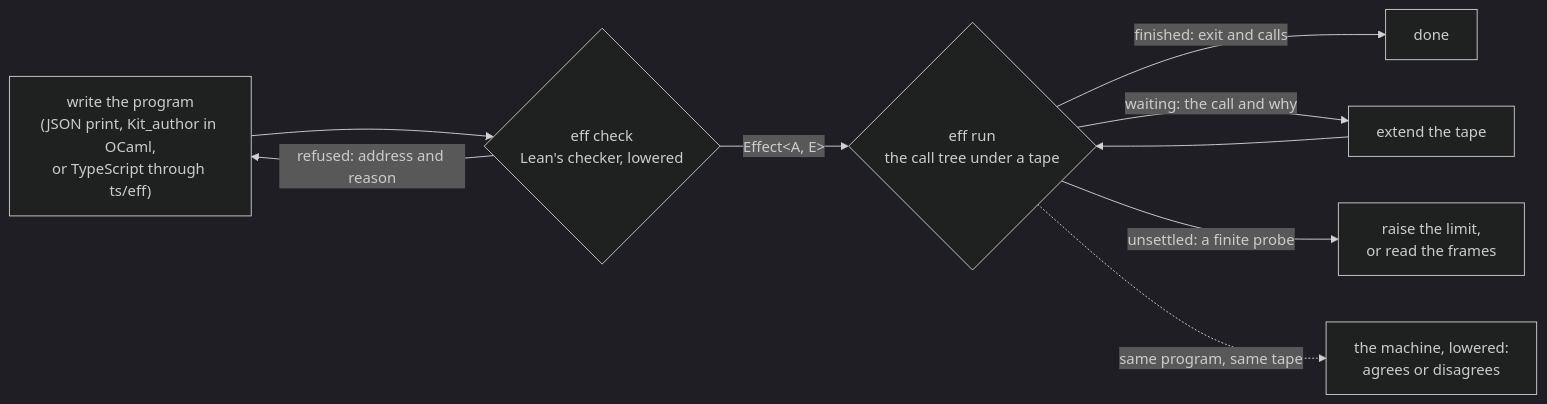
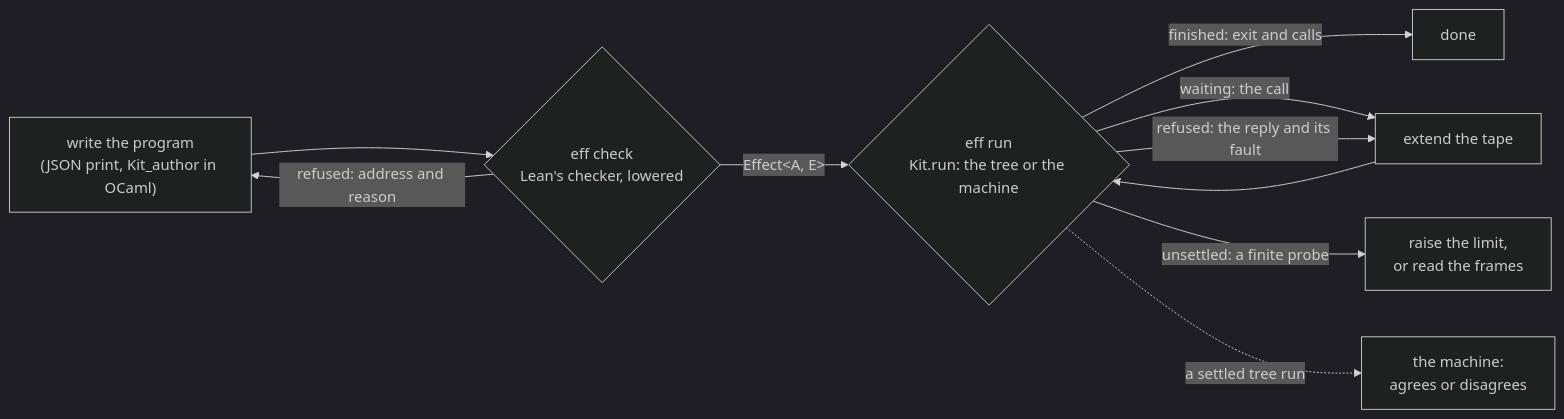
One commit to pure-algebra/lean4-effect4 changed the first of 3 diagrams in docs/research/2026-10-16-native-kit/README.md. Above: the diagram before and after it, drawn with Mermaid (dark theme). The commit also changed other lines of this file and 1 other file, not shown here.

First line of the commit message:
The native kit's note and receipt: one closure, one run, Lean's authoring and the comparison lane

````diff
--- a/docs/research/2026-10-16-native-kit/README.md
+++ b/docs/research/2026-10-16-native-kit/README.md
@@ -17,11 +18,12 @@
 ```mermaid
 flowchart LR
-  W["write the program<br/>(JSON print, Kit_author in OCaml,<br/>or TypeScript through ts/eff)"] --> C{"eff check<br/>Lean's checker, lowered"}
+  W["write the program<br/>(JSON print, Kit_author in OCaml)"] --> C{"eff check<br/>Lean's checker, lowered"}
   C -->|"refused: address and reason"| W
-  C -->|"Effect&lt;A, E&gt;"| R{"eff run<br/>the call tree under a tape"}
+  C -->|"Effect&lt;A, E&gt;"| R{"eff run<br/>Kit.run: the tree or the machine"}
   R -->|"finished: exit and calls"| D["done"]
-  R -->|"waiting: the call and why"| T["extend the tape"]
+  R -->|"waiting: the call"| T["extend the tape"]
+  R -->|"refused: the reply and its fault"| T
   T --> R
   R -->|"unsettled: a finite probe"| L["raise the limit,<br/>or read the frames"]
-  R -.->|"same program, same tape"| M["the machine, lowered:<br/>agrees or disagrees"]
+  R -.->|"a settled tree run"| M["the machine:<br/>agrees or disagrees"]
 ```
````
